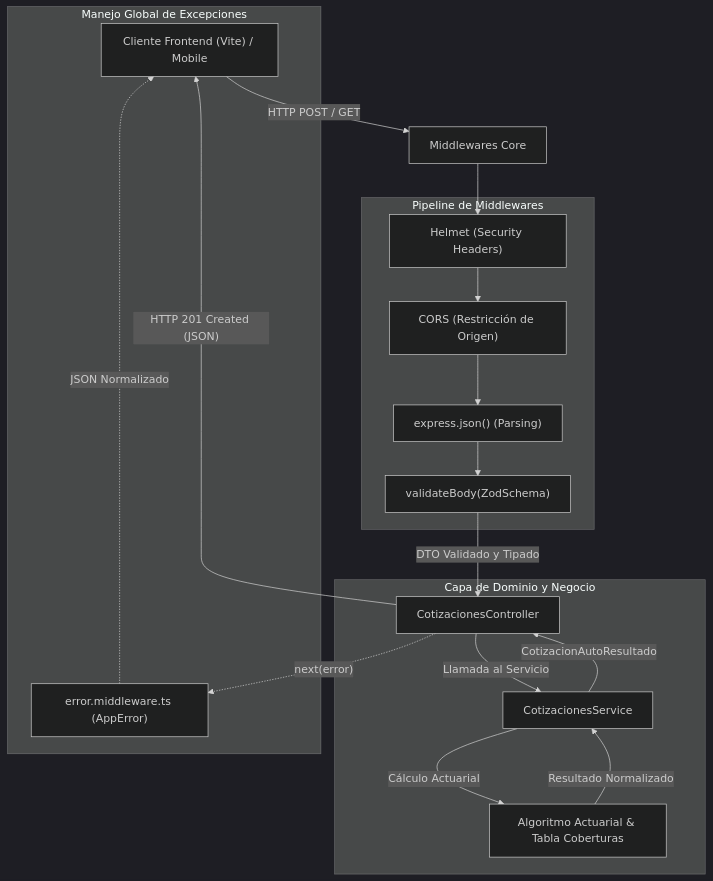
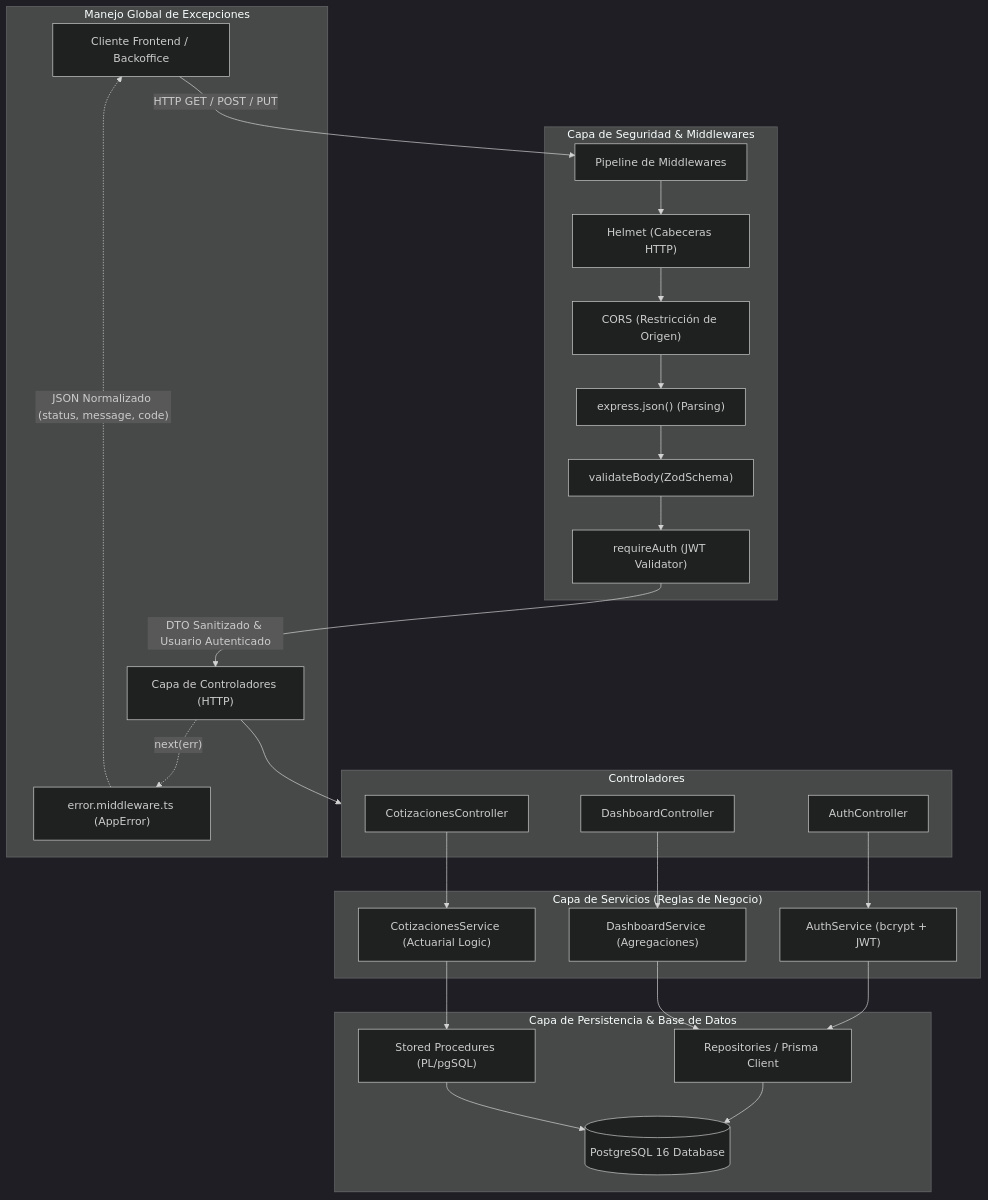
Before and after one commit to Ixion-Systems/SecureLife_BackEnd: the diagram in README.md, drawn with Mermaid (dark theme). The commit also changed other lines of this file and 52 other files, not shown here.

Commit message:
feat(sprint-2): implement postgres stored procedures, jwt auth with rbac, auto/property quoting modules, and updated readme

````diff
--- a/README.md
+++ b/README.md
@@ -53,28 +63,50 @@
 ```mermaid
 graph TD
-    Client["Cliente Frontend (Vite) / Mobile"] -->|"HTTP POST / GET"| Middlewares["Middlewares Core"]
-    
-    subgraph MiddlewaresCore ["Pipeline de Middlewares"]
-        M1["Helmet (Security Headers)"]
-        M2["CORS (Restricción de Origen)"]
-        M3["express.json() (Parsing)"]
-        M4["validateBody(ZodSchema)"]
+    Client["Cliente Frontend / Backoffice"] -->|"HTTP GET / POST / PUT"| MW["Pipeline de Middlewares"]
+
+    subgraph Pipeline ["Capa de Seguridad & Middlewares"]
+        MW --> M1["Helmet (Cabeceras HTTP)"]
+        M1 --> M2["CORS (Restricción de Origen)"]
+        M2 --> M3["express.json() (Parsing)"]
+        M3 --> M4["validateBody(ZodSchema)"]
+        M4 --> M5["requireAuth (JWT Validator)"]
     end
-    
-    Middlewares --> M1 --> M2 --> M3 --> M4
-    M4 -->|"DTO Validado y Tipado"| Controller["CotizacionesController"]
-    
-    subgraph BusinessLayer ["Capa de Dominio y Negocio"]
-        Controller -->|"Llamada al Servicio"| Service["CotizacionesService"]
-        Service -->|"Cálculo Actuarial"| Engine["Algoritmo Actuarial & Tabla Coberturas"]
-        Engine -->|"Resultado Normalizado"| Service
+
+    M5 -->|"DTO Sanitizado & Usuario Autenticado"| Controllers["Capa de Controladores (HTTP)"]
+
+    subgraph ControllersLayer ["Controladores"]
+        C1["AuthController"]
+        C2["CotizacionesController"]
+        C3["DashboardController"]
     end
-    
-    Service -->|"CotizacionAutoResultado"| Controller
-    Controller -->|"HTTP 201 Created (JSON)"| Client
+
+    Controllers --> ControllersLayer
+
+    subgraph ServicesLayer ["Capa de Servicios (Reglas de Negocio)"]
+        S1["AuthService (bcrypt + JWT)"]
+        S2["CotizacionesService (Actuarial Logic)"]
+        S3["DashboardService (Agregaciones)"]
+    end
+
+    C1 --> S1
+    C2 --> S2
+    C3 --> S3
+
+    subgraph PersistenceLayer ["Capa de Persistencia & Base de Datos"]
+        Repo["Repositories / Prisma Client"]
+        SP["Stored Procedures (PL/pgSQL)"]
+        DB[(PostgreSQL 16 Database)]
+        
+        Repo --> DB
+        SP --> DB
+    end
+
+    S1 --> Repo
+    S2 --> SP
+    S3 --> Repo
 
     subgraph ErrorHandling ["Manejo Global de Excepciones"]
-        Controller -.->|"next(error)"| ErrorMW["error.middleware.ts (AppError)"]
-        ErrorMW -.->|"JSON Normalizado"| Client
+        Controllers -.->|"next(err)"| ErrorMW["error.middleware.ts (AppError)"]
+        ErrorMW -.->|"JSON Normalizado (status, message, code)"| Client
     end
 ```
````
